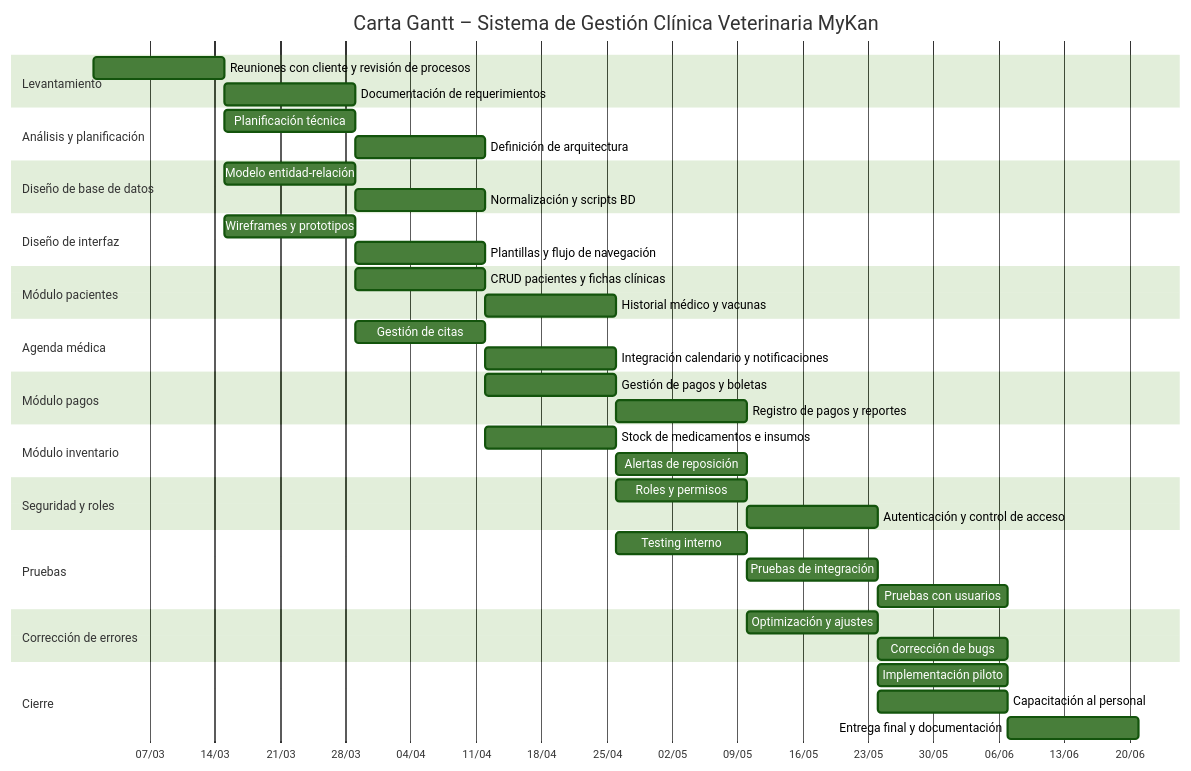
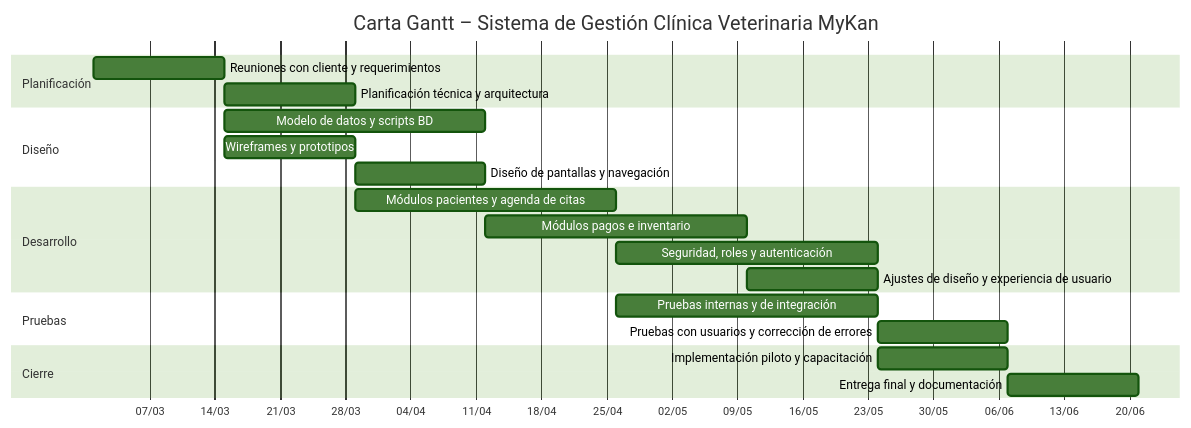
Before and after one commit to LibreLabsprojects/MyKan: the diagram in PLANIFICACION.md, drawn with Mermaid (forest theme). The commit also changed other lines of this file, not shown here.

````diff
--- a/PLANIFICACION.md
+++ b/PLANIFICACION.md
@@ -9,56 +18,29 @@
 ```mermaid
 gantt
     title Carta Gantt – Sistema de Gestión Clínica Veterinaria MyKan
     dateFormat YYYY-MM-DD
     axisFormat %d/%m
 
-    section Levantamiento
-    Reuniones con cliente y revisión de procesos   :t1, 2027-03-01, 2w
-    Documentación de requerimientos                :t2, 2027-03-15, 2w
+    section Planificación
+    Reuniones con cliente y requerimientos      :t1, 2027-03-01, 2w
+    Planificación técnica y arquitectura        :t2, 2027-03-15, 2w
 
-    section Análisis y planificación
-    Planificación técnica                          :t3, 2027-03-15, 2w
-    Definición de arquitectura                     :t4, 2027-03-29, 2w
+    section Diseño
+    Modelo de datos y scripts BD                :t3, 2027-03-15, 4w
+    Wireframes y prototipos                     :t4, 2027-03-15, 2w
+    Diseño de pantallas y navegación            :t5, 2027-03-29, 2w
 
-    section Diseño de base de datos
-    Modelo entidad-relación                        :t5, 2027-03-15, 2w
-    Normalización y scripts BD                     :t6, 2027-03-29, 2w
-
-    section Diseño de interfaz
-    Wireframes y prototipos                        :t7, 2027-03-15, 2w
-    Plantillas y flujo de navegación               :t8, 2027-03-29, 2w
-
-    section Módulo pacientes
-    CRUD pacientes y fichas clínicas               :t9, 2027-03-29, 2w
-    Historial médico y vacunas                     :t10, 2027-04-12, 2w
-
-    section Agenda médica
-    Gestión de citas                               :t11, 2027-03-29, 2w
-    Integración calendario y notificaciones        :t12, 2027-04-12, 2w
-
-    section Módulo pagos
-    Gestión de pagos y boletas                     :t13, 2027-04-12, 2w
-    Registro de pagos y reportes                   :t14, 2027-04-26, 2w
-
-    section Módulo inventario
-    Stock de medicamentos e insumos                :t15, 2027-04-12, 2w
-    Alertas de reposición                          :t16, 2027-04-26, 2w
-
-    section Seguridad y roles
-    Roles y permisos                               :t17, 2027-04-26, 2w
-    Autenticación y control de acceso              :t18, 2027-05-10, 2w
+    section Desarrollo
+    Módulos pacientes y agenda de citas         :t6, 2027-03-29, 4w
+    Módulos pagos e inventario                  :t7, 2027-04-12, 4w
+    Seguridad, roles y autenticación            :t8, 2027-04-26, 4w
+    Ajustes de diseño y experiencia de usuario  :t9, 2027-05-10, 2w
 
     section Pruebas
-    Testing interno                                :t19, 2027-04-26, 2w
-    Pruebas de integración                         :t20, 2027-05-10, 2w
-    Pruebas con usuarios                           :t21, 2027-05-24, 2w
-
-    section Corrección de errores
-    Optimización y ajustes                         :t22, 2027-05-10, 2w
-    Corrección de bugs                             :t23, 2027-05-24, 2w
+    Pruebas internas y de integración           :t10, 2027-04-26, 4w
+    Pruebas con usuarios y corrección de errores :t11, 2027-05-24, 2w
 
     section Cierre
-    Implementación piloto                          :t24, 2027-05-24, 2w
-    Capacitación al personal                       :t25, 2027-05-24, 2w
-    Entrega final y documentación                  :t26, 2027-06-07, 2w
+    Implementación piloto y capacitación        :t12, 2027-05-24, 2w
+    Entrega final y documentación               :t13, 2027-06-07, 2w
 ```
````
